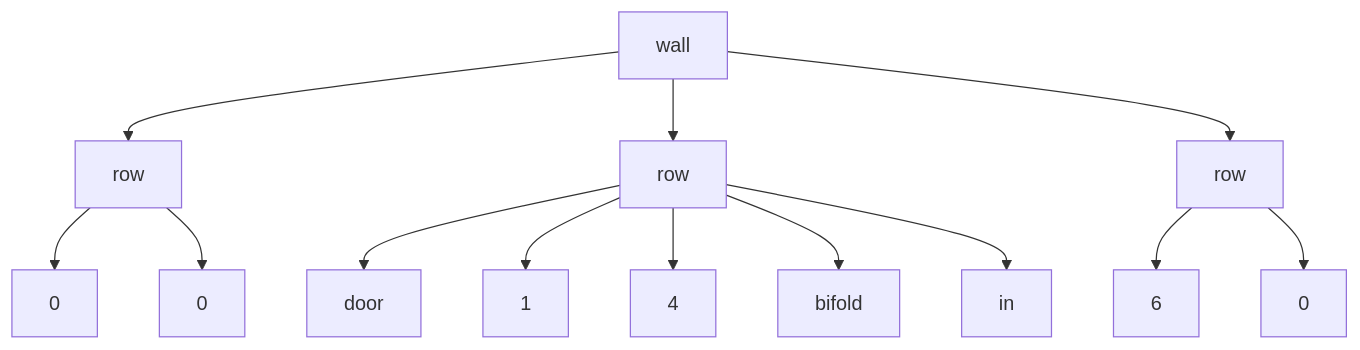
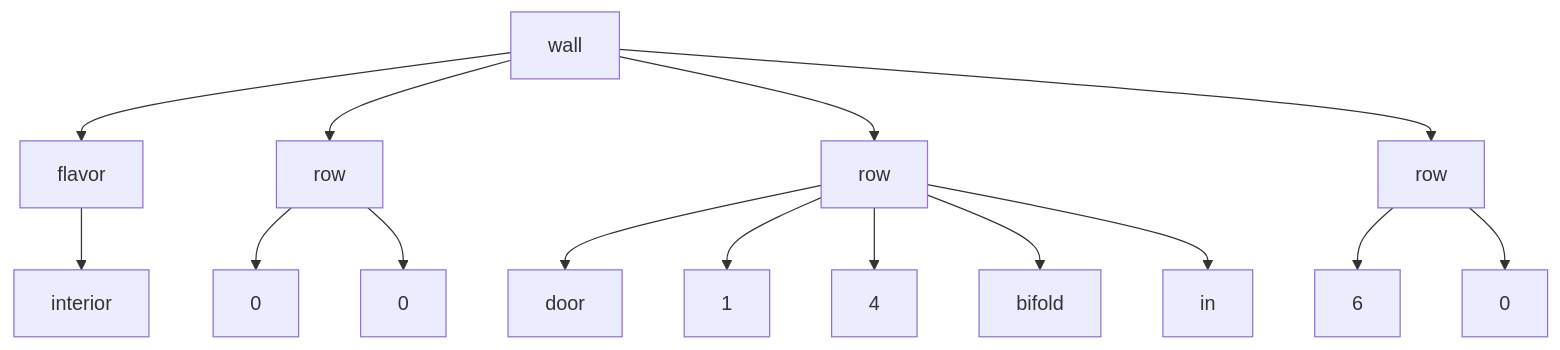
The third of 3 diagrams in doc/design-doc.md (JohnStotko-unplugged/floor-plan-mark-down), drawn with Mermaid before and after one commit. The commit also changed other lines of this file and 1 other file, not shown here.

````diff
--- a/doc/design-doc.md
+++ b/doc/design-doc.md
@@ -83,15 +83,17 @@
 ```mermaid
 graph TD
+    wall --> flavor[flavor]
+    flavor --> interior
     wall --> row1[row]
     wall --> row2[row]
     wall --> row3[row]
     row1 --> n1[0]
     row1 --> n2[0]
     row2 --> door[door]
     row2 --> n3[1]
     row2 --> n4[4]
     row2 --> bifold
     row2 --> in
     row3 --> n5[6]
     row3 --> n6[0]
 ```
````
